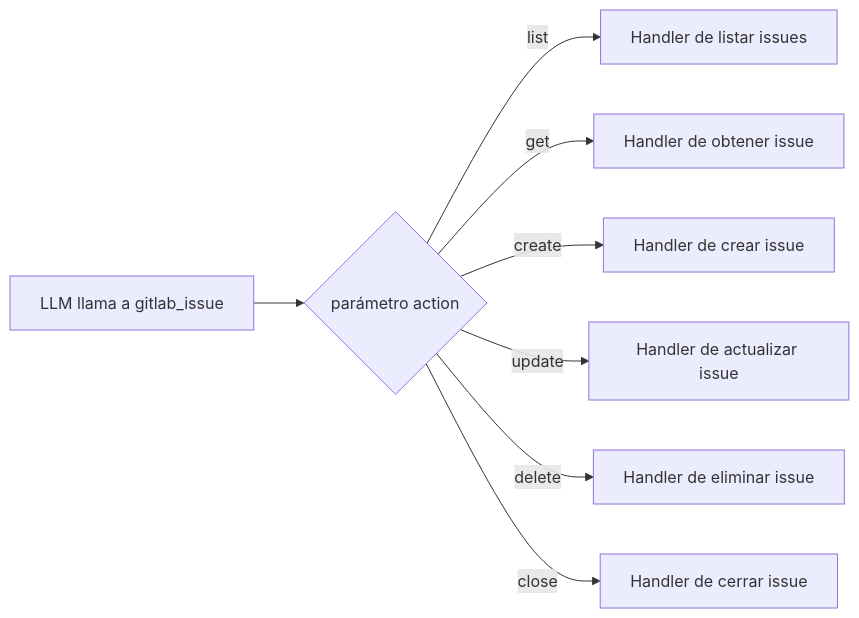
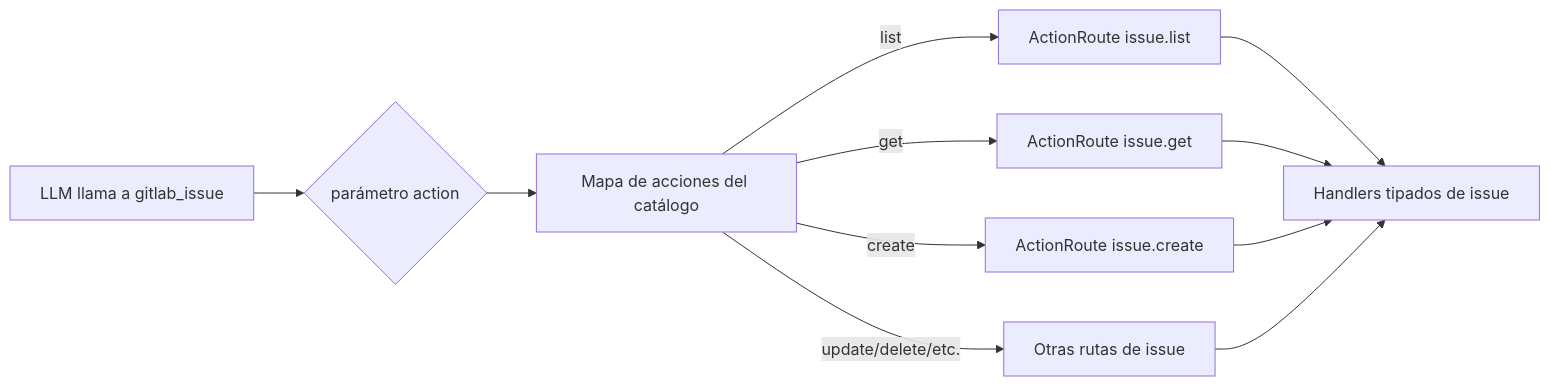
Before and after one commit to jmrplens/gitlab-mcp-server: the diagram in site/src/content/docs/es/tools/meta-tools.mdx, drawn with Mermaid. The commit also changed other lines of this file and 1137 other files, not shown here.

````diff
--- a/site/src/content/docs/es/tools/meta-tools.mdx
+++ b/site/src/content/docs/es/tools/meta-tools.mdx
@@ -32,10 +32,13 @@
 ```mermaid
 flowchart LR
-    A[LLM llama a gitlab_issue] --> B{parámetro action}
-    B -->|list| C[Handler de listar issues]
-    B -->|get| D[Handler de obtener issue]
-    B -->|create| E[Handler de crear issue]
-    B -->|update| F[Handler de actualizar issue]
-    B -->|delete| G[Handler de eliminar issue]
-    B -->|close| H[Handler de cerrar issue]
+	A[LLM llama a gitlab_issue] --> B{parámetro action}
+	B --> C[Mapa de acciones del catálogo]
+	C -->|list| D[ActionRoute issue.list]
+	C -->|get| E[ActionRoute issue.get]
+	C -->|create| F[ActionRoute issue.create]
+	C -->|update/delete/etc.| G[Otras rutas de issue]
+	D --> H[Handlers tipados de issue]
+	E --> H
+	F --> H
+	G --> H
 ```
````
